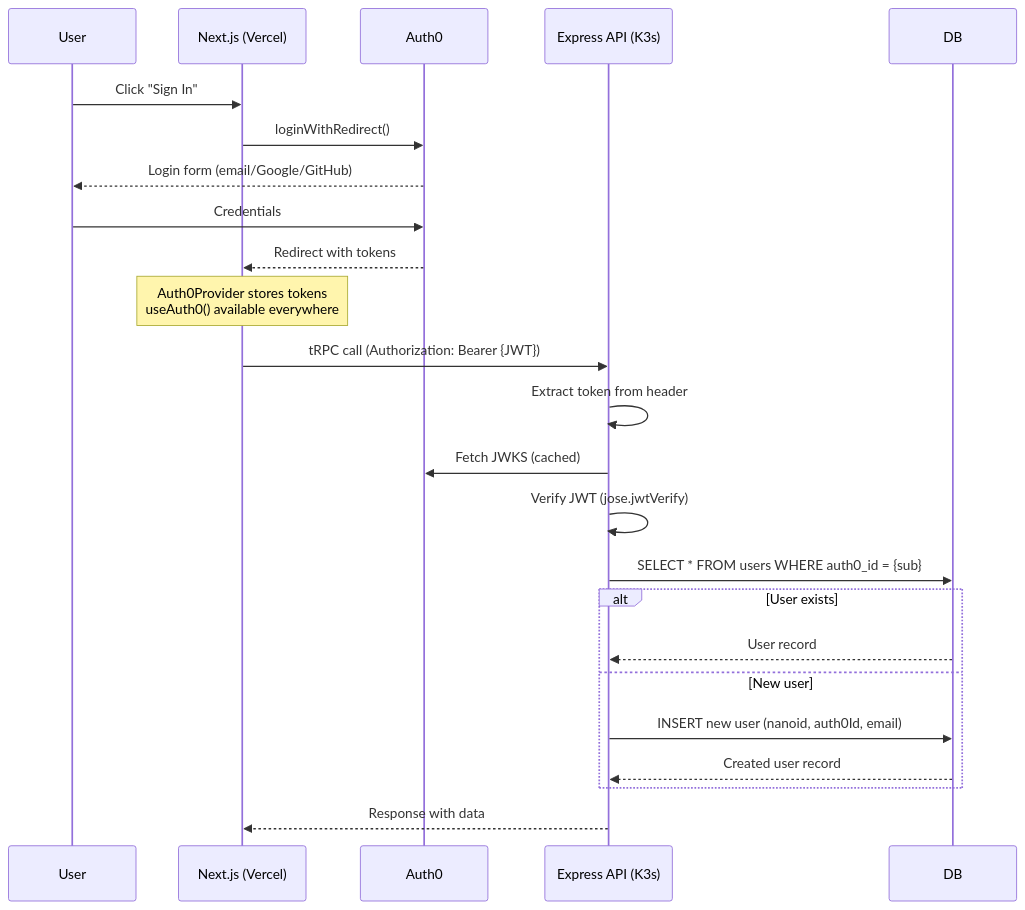
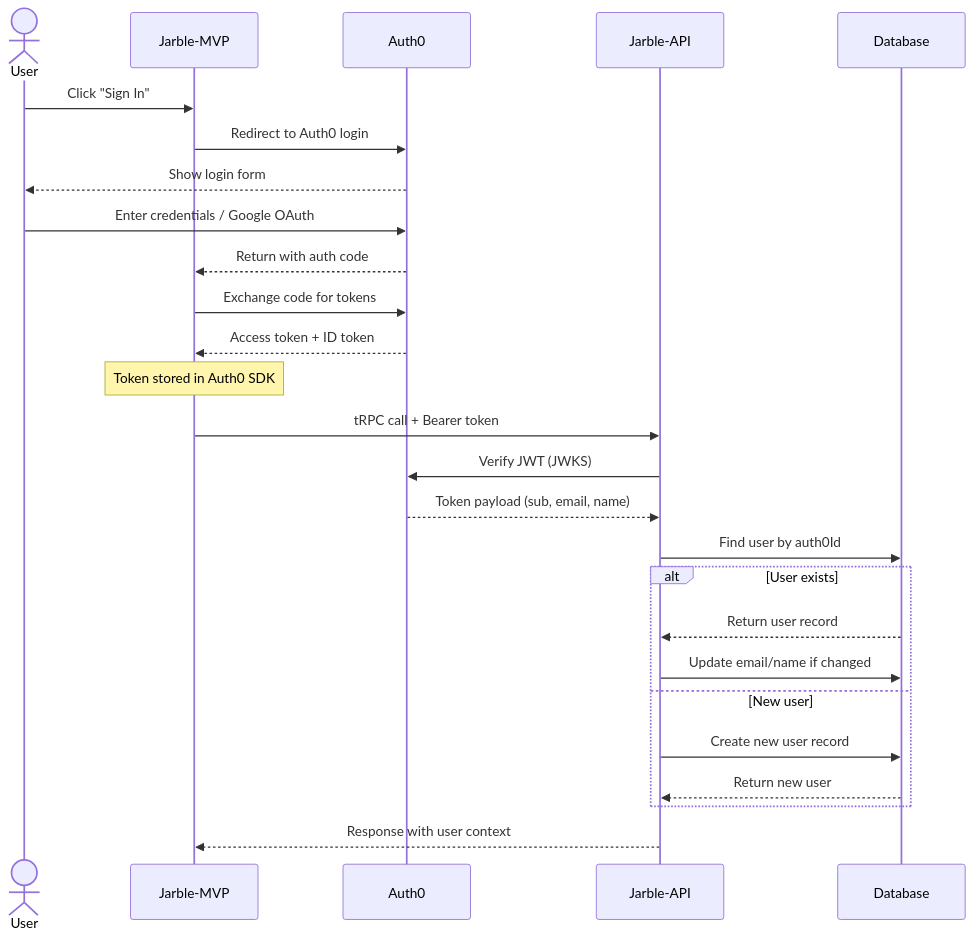
Before and after one commit to Bretthb/jarble: the fourth of 14 diagrams in ARCHITECTURE.md, drawn with Mermaid. The commit also changed other lines of this file and 18 other files, not shown here.

````diff
--- a/ARCHITECTURE.md
+++ b/ARCHITECTURE.md
@@ -450,31 +258,33 @@
 ```mermaid
 sequenceDiagram
-    participant User
-    participant Frontend as Next.js (Vercel)
-    participant Auth0
-    participant API as Express API (K3s)
-    participant DB
+    actor User
+    participant Frontend as Jarble-MVP
+    participant Auth0 as Auth0
+    participant API as Jarble-API
+    participant DB as Database
 
     User->>Frontend: Click "Sign In"
-    Frontend->>Auth0: loginWithRedirect()
-    Auth0-->>User: Login form (email/Google/GitHub)
-    User->>Auth0: Credentials
-    Auth0-->>Frontend: Redirect with tokens
+    Frontend->>Auth0: Redirect to Auth0 login
+    Auth0-->>User: Show login form
+    User->>Auth0: Enter credentials / Google OAuth
+    Auth0-->>Frontend: Return with auth code
+    Frontend->>Auth0: Exchange code for tokens
+    Auth0-->>Frontend: Access token + ID token
 
-    Note over Frontend: Auth0Provider stores tokens<br/>useAuth0() available everywhere
+    Note over Frontend: Token stored in Auth0 SDK
 
-    Frontend->>API: tRPC call (Authorization: Bearer {JWT})
-    API->>API: Extract token from header
-    API->>Auth0: Fetch JWKS (cached)
-    API->>API: Verify JWT (jose.jwtVerify)
-    API->>DB: SELECT * FROM users WHERE auth0_id = {sub}
+    Frontend->>API: tRPC call + Bearer token
+    API->>Auth0: Verify JWT (JWKS)
+    Auth0-->>API: Token payload (sub, email, name)
 
+    API->>DB: Find user by auth0Id
     alt User exists
-        DB-->>API: User record
+        DB-->>API: Return user record
+        API->>DB: Update email/name if changed
     else New user
-        API->>DB: INSERT new user (nanoid, auth0Id, email)
-        DB-->>API: Created user record
+        API->>DB: Create new user record
+        DB-->>API: Return new user
     end
 
-    API-->>Frontend: Response with data
+    API-->>Frontend: Response with user context
 ```
````
